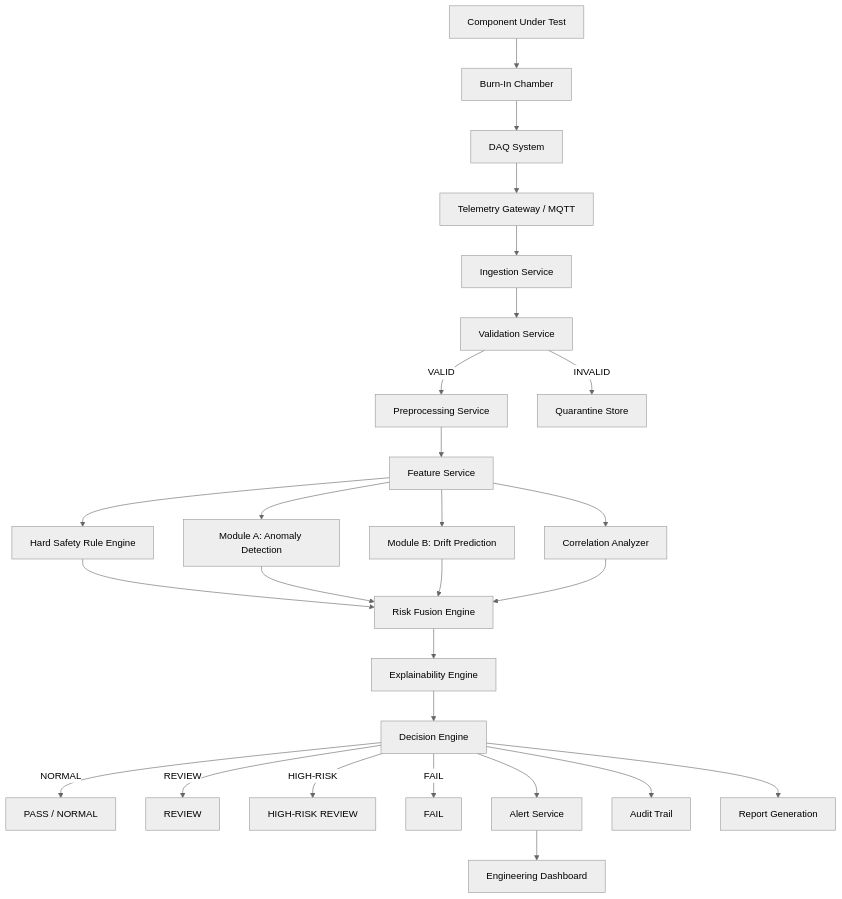
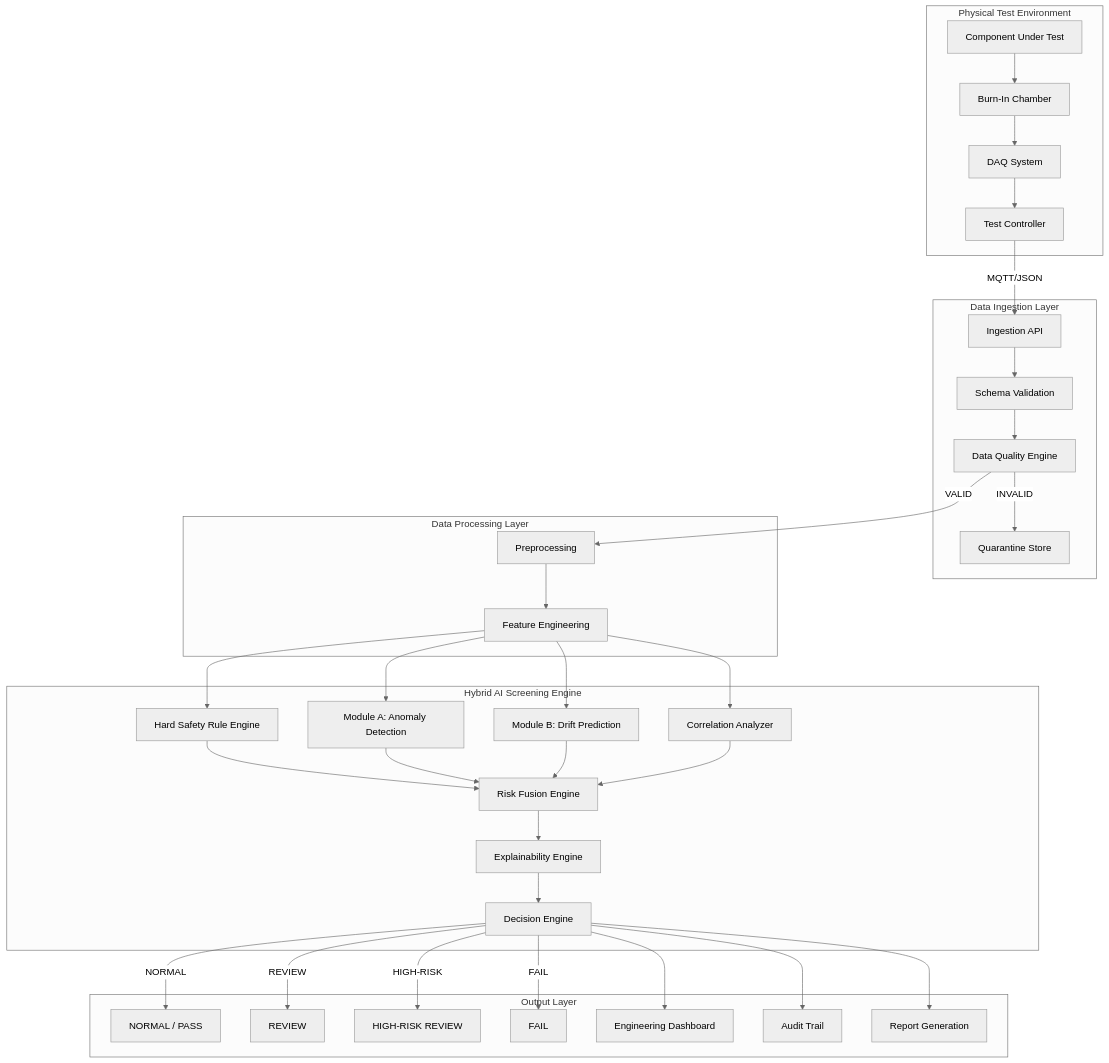
The first of 20 diagrams in DOCUMENTATION.md (ankushkumar14092-dot/sih_170), drawn with Mermaid (neutral theme) before and after one commit. The commit also changed other lines of this file, not shown here.

Commit message:
Add 20 Mermaid architecture diagrams to DOCUMENTATION.md

````diff
--- a/DOCUMENTATION.md
+++ b/DOCUMENTATION.md
@@ -1891,29 +1891,59 @@
 ```mermaid
 graph TD
-    CUT[Component Under Test] --> BIC[Burn-In Chamber]
-    BIC --> DAQ[DAQ System]
-    DAQ --> TGW[Telemetry Gateway / MQTT]
-    TGW --> ING[Ingestion Service]
-    ING --> VAL[Validation Service]
-    VAL --> |VALID| PRE[Preprocessing Service]
-    VAL --> |INVALID| QUA[Quarantine Store]
-    PRE --> FEA[Feature Service]
-    FEA --> HSR[Hard Safety Rule Engine]
-    FEA --> MOD_A[Module A: Anomaly Detection]
-    FEA --> MOD_B[Module B: Drift Prediction]
-    FEA --> COR[Correlation Analyzer]
-    HSR --> RFE[Risk Fusion Engine]
-    MOD_A --> RFE
-    MOD_B --> RFE
-    COR --> RFE
-    RFE --> EXP[Explainability Engine]
-    EXP --> DEC[Decision Engine]
-    DEC --> |NORMAL| PASS[PASS / NORMAL]
-    DEC --> |REVIEW| REV[REVIEW]
-    DEC --> |HIGH-RISK| HRR[HIGH-RISK REVIEW]
-    DEC --> |FAIL| FAIL[FAIL]
-    DEC --> ALS[Alert Service]
-    ALS --> DASH[Engineering Dashboard]
-    DEC --> AUD[Audit Trail]
-    DEC --> RPT[Report Generation]
+    subgraph PHYSICAL[Physical Test Environment]
+        CUT[Component Under Test]
+        BIC[Burn-In Chamber]
+        DAQ[DAQ System]
+        TC[Test Controller]
+        CUT --> BIC --> DAQ --> TC
+    end
+    subgraph INGESTION[Data Ingestion Layer]
+        ING[Ingestion API]
+        VAL[Schema Validation]
+        DQE[Data Quality Engine]
+        QUA[Quarantine Store]
+        ING --> VAL --> DQE
+        DQE -->|INVALID| QUA
+    end
+    subgraph PROCESSING[Data Processing Layer]
+        PRE[Preprocessing]
+        FEA[Feature Engineering]
+        PRE --> FEA
+    end
+    subgraph AI[Hybrid AI Screening Engine]
+        HSR[Hard Safety Rule Engine]
+        MODA[Module A: Anomaly Detection]
+        MODB[Module B: Drift Prediction]
+        COR[Correlation Analyzer]
+        RFE[Risk Fusion Engine]
+        EXP[Explainability Engine]
+        DEC[Decision Engine]
+        HSR --> RFE
+        MODA --> RFE
+        MODB --> RFE
+        COR --> RFE
+        RFE --> EXP --> DEC
+    end
+    subgraph OUTPUT[Output Layer]
+        PASS[NORMAL / PASS]
+        REV[REVIEW]
+        HRR[HIGH-RISK REVIEW]
+        FAIL[FAIL]
+        DASH[Engineering Dashboard]
+        AUD[Audit Trail]
+        RPT[Report Generation]
+    end
+    TC -->|MQTT/JSON| ING
+    DQE -->|VALID| PRE
+    FEA --> HSR
+    FEA --> MODA
+    FEA --> MODB
+    FEA --> COR
+    DEC -->|NORMAL| PASS
+    DEC -->|REVIEW| REV
+    DEC -->|HIGH-RISK| HRR
+    DEC -->|FAIL| FAIL
+    DEC --> DASH
+    DEC --> AUD
+    DEC --> RPT
 ```
````
